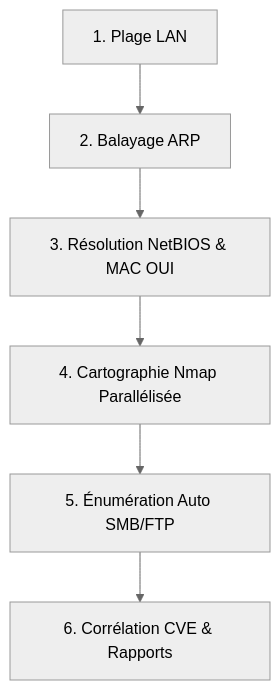
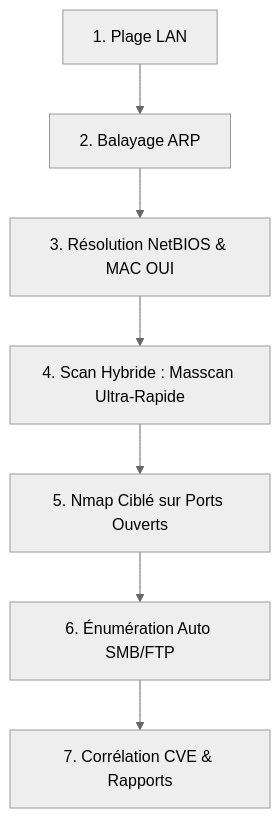
One commit to Ronan-Bozoc-cyber/matrix-scanner changed the third of 3 diagrams in README.md. Above: the diagram before and after it, drawn with Mermaid (neutral theme). The commit also changed other lines of this file, not shown here.

Commit message:
docs: mise à jour README avec masscan (27 outils) et workflow hybride

````diff
--- a/README.md
+++ b/README.md
@@ -163,8 +164,9 @@
 ```mermaid
 graph TD
     A[1. Plage LAN] --> B[2. Balayage ARP]
     B --> C[3. Résolution NetBIOS & MAC OUI]
-    C --> D[4. Cartographie Nmap Parallélisée]
-    D --> E[5. Énumération Auto SMB/FTP]
-    E --> F[6. Corrélation CVE & Rapports]
+    C --> D[4. Scan Hybride : Masscan Ultra-Rapide]
+    D --> E[5. Nmap Ciblé sur Ports Ouverts]
+    E --> F[6. Énumération Auto SMB/FTP]
+    F --> G[7. Corrélation CVE & Rapports]
 ```
````
